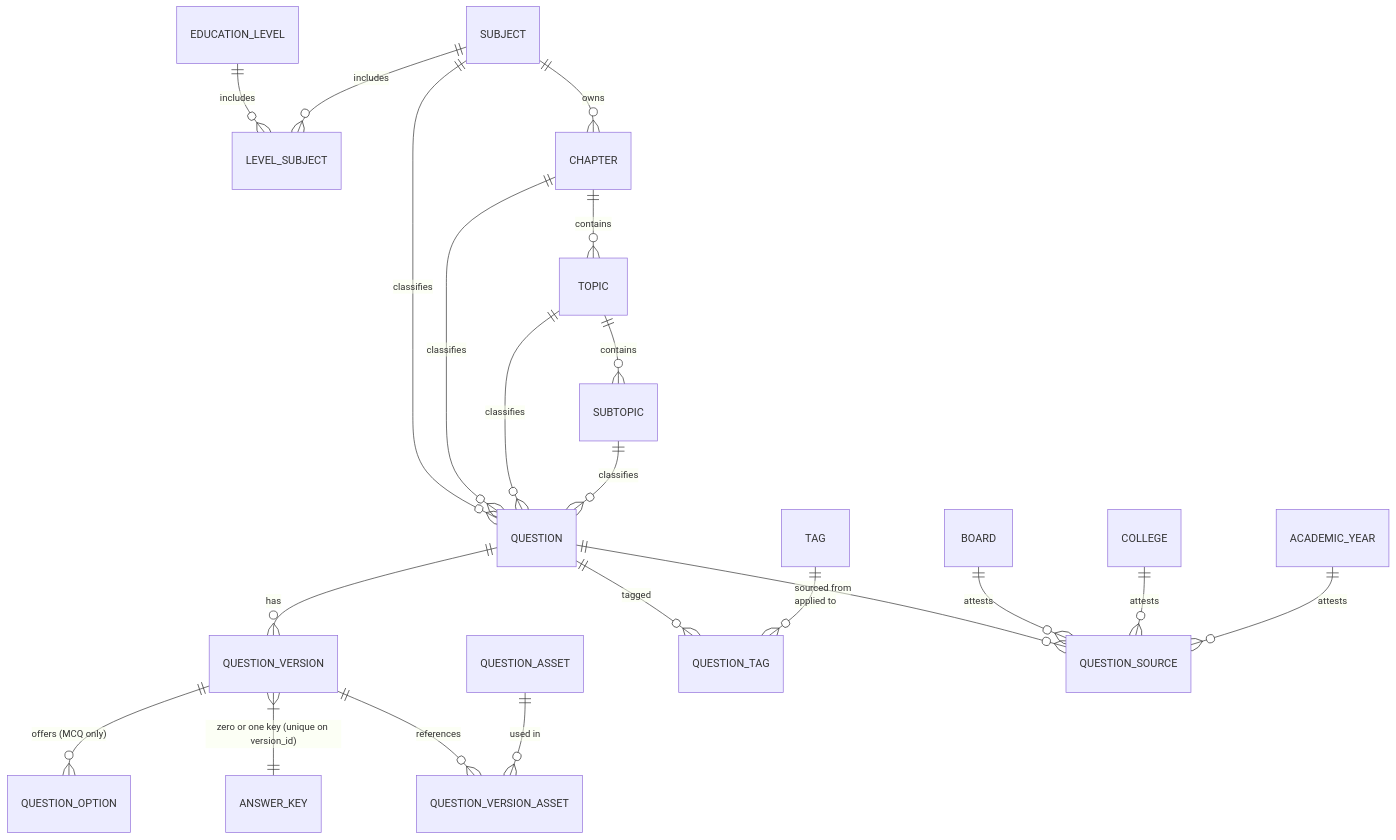
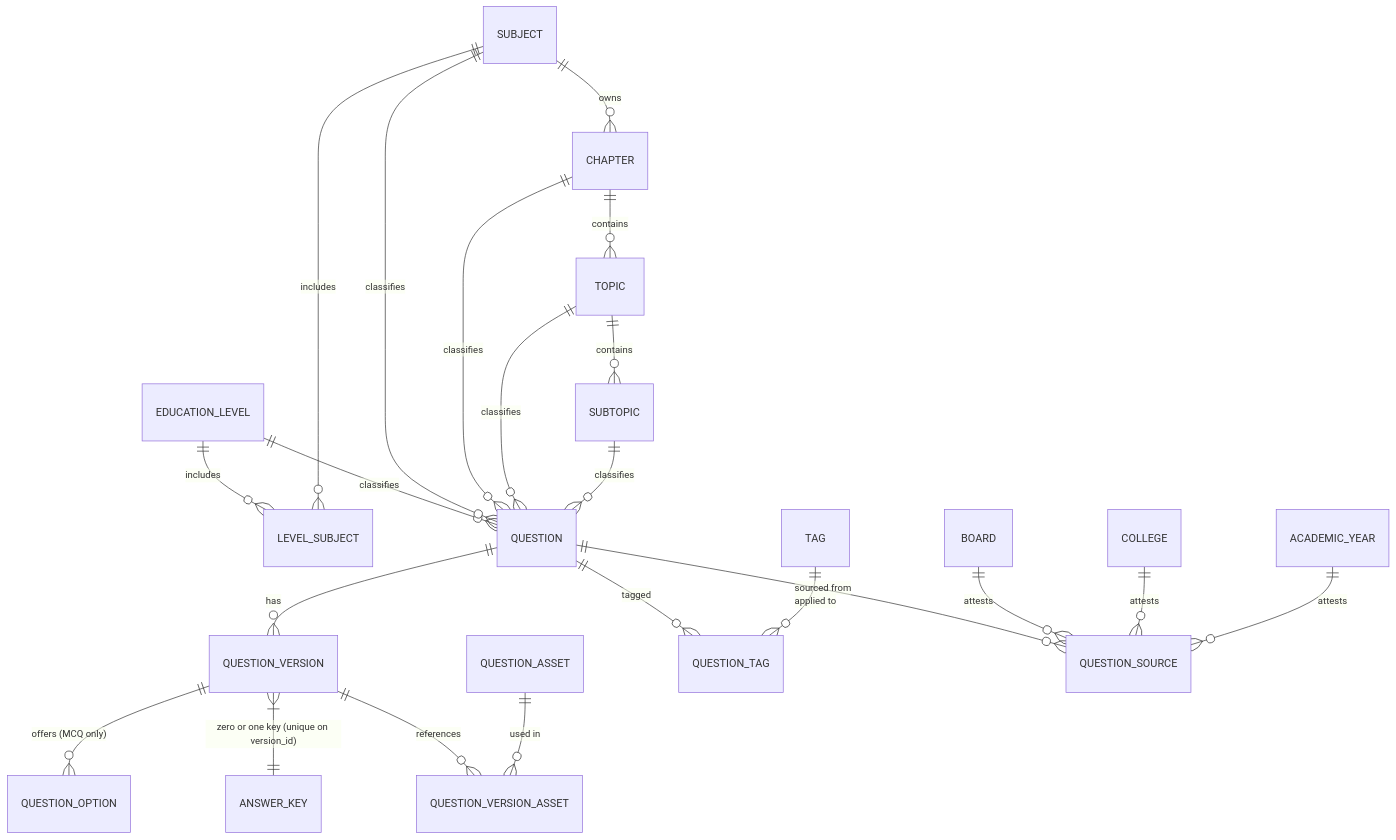
One commit to Tanim-Boss/HSC-ALIM-ICT-Question-Bank changed the diagram in docs/database/phase-04a-question-bank-physical-schema-proposal.md. Above: the diagram before and after it, drawn with Mermaid. The commit also changed other lines of this file, not shown here.

First line of the commit message:
docs(database): Revise Phase 04A schema proposal per reviewer clarifications

````diff
--- a/docs/database/phase-04a-question-bank-physical-schema-proposal.md
+++ b/docs/database/phase-04a-question-bank-physical-schema-proposal.md
@@ -194,23 +164,24 @@
 ```mermaid
 erDiagram
     EDUCATION_LEVEL ||--o{ LEVEL_SUBJECT : "includes"
+    EDUCATION_LEVEL ||--o{ QUESTION : "classifies"
     SUBJECT ||--o{ LEVEL_SUBJECT : "includes"
     SUBJECT ||--o{ CHAPTER : "owns"
     SUBJECT ||--o{ QUESTION : "classifies"
     CHAPTER ||--o{ TOPIC : "contains"
     CHAPTER ||--o{ QUESTION : "classifies"
     TOPIC ||--o{ SUBTOPIC : "contains"
     TOPIC ||--o{ QUESTION : "classifies"
     SUBTOPIC ||--o{ QUESTION : "classifies"
     QUESTION ||--o{ QUESTION_VERSION : "has"
     QUESTION_VERSION ||--o{ QUESTION_OPTION : "offers (MCQ only)"
     QUESTION_VERSION }|--|| ANSWER_KEY : "zero or one key (unique on version_id)"
     QUESTION_VERSION ||--o{ QUESTION_VERSION_ASSET : "references"
     QUESTION_ASSET ||--o{ QUESTION_VERSION_ASSET : "used in"
     QUESTION ||--o{ QUESTION_TAG : "tagged"
     TAG ||--o{ QUESTION_TAG : "applied to"
     QUESTION ||--o{ QUESTION_SOURCE : "sourced from"
     BOARD ||--o{ QUESTION_SOURCE : "attests"
     COLLEGE ||--o{ QUESTION_SOURCE : "attests"
     ACADEMIC_YEAR ||--o{ QUESTION_SOURCE : "attests"
 ```
````
